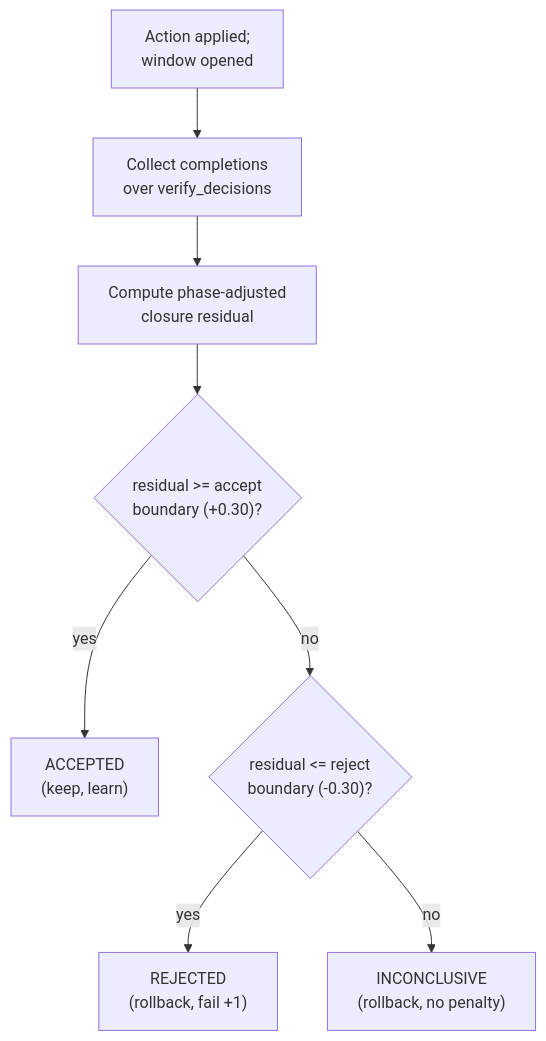
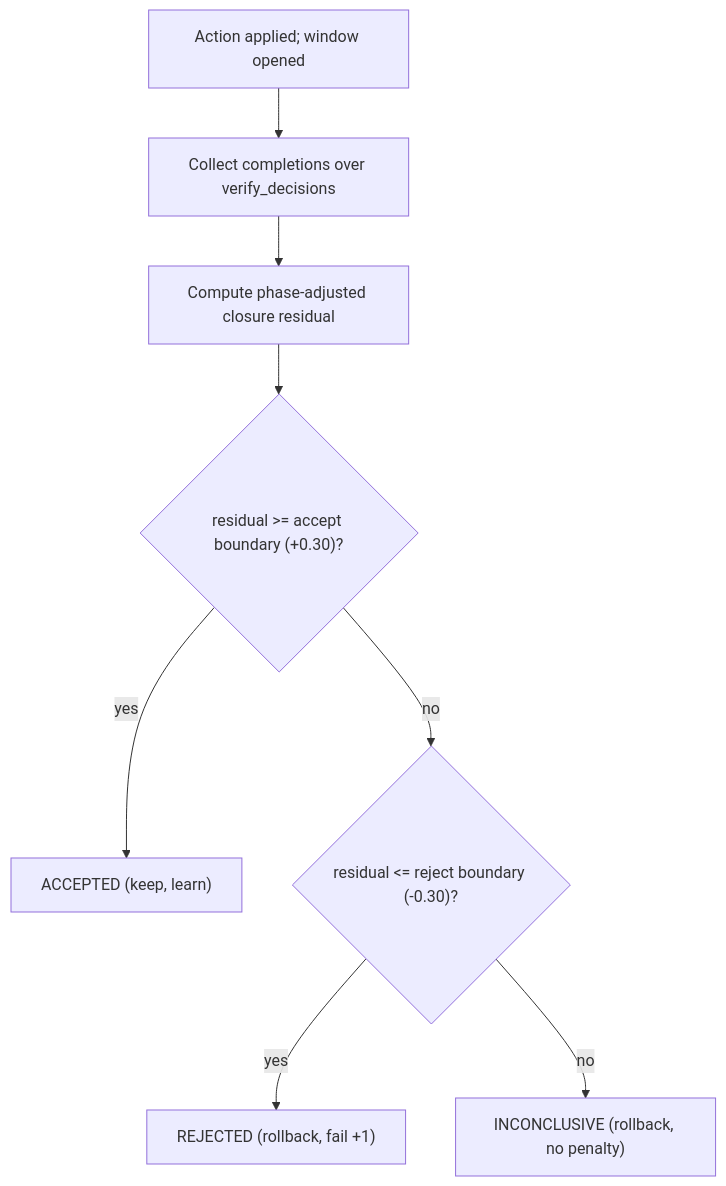
Before and after one commit to lostpilot404/OS-Project: the fifth of 7 diagrams in submission/review-3/diagrams/figures_mermaid.md, drawn with Mermaid. The commit also changed other lines of this file and 6 other files, not shown here.

First line of the commit message:
Fix table widths and Mermaid diagram placement

````diff
--- a/submission/review-3/diagrams/figures_mermaid.md
+++ b/submission/review-3/diagrams/figures_mermaid.md
@@ -124,10 +92,10 @@
 ```mermaid
 flowchart TD
-    AA["Action applied;<br/>window opened"] --> CC["Collect completions<br/>over verify_decisions"]
-    CC --> PC["Compute phase-adjusted<br/>closure residual"]
-    PC --> AB{"residual >= accept<br/>boundary (+0.30)?"}
-    AB -- "yes" --> AC["ACCEPTED<br/>(keep, learn)"]
-    AB -- "no" --> RB{"residual <= reject<br/>boundary (-0.30)?"}
-    RB -- "yes" --> RJ["REJECTED<br/>(rollback, fail +1)"]
-    RB -- "no" --> IC["INCONCLUSIVE<br/>(rollback, no penalty)"]
+    AA["Action applied; window opened"] --> CC["Collect completions over verify_decisions"]
+    CC --> PC["Compute phase-adjusted closure residual"]
+    PC --> AB{"residual >= accept boundary (+0.30)?"}
+    AB -- "yes" --> AC["ACCEPTED (keep, learn)"]
+    AB -- "no" --> RB{"residual <= reject boundary (-0.30)?"}
+    RB -- "yes" --> RJ["REJECTED (rollback, fail +1)"]
+    RB -- "no" --> IC["INCONCLUSIVE (rollback, no penalty)"]
 ```
````
